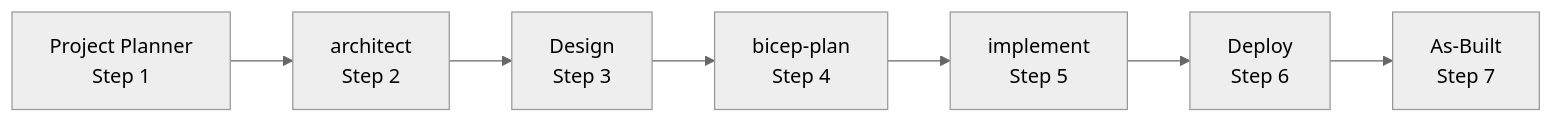
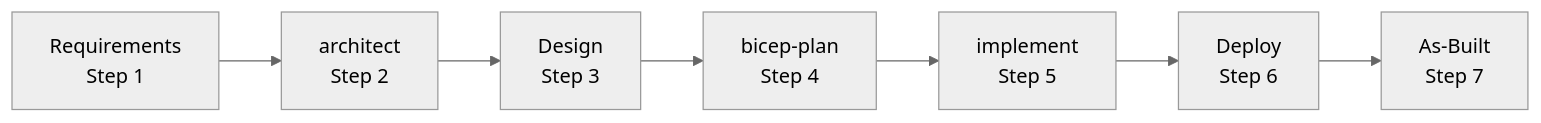
Before and after one commit to SmitaCnovate/azure-agentic-infraops: the diagram in docs/getting-started/quickstart.md, drawn with Mermaid. The commit also changed other lines of this file and 30 other files, not shown here.

````diff
--- a/docs/getting-started/quickstart.md
+++ b/docs/getting-started/quickstart.md
@@ -115,10 +115,10 @@
 ```mermaid
 %%{init: {'theme':'neutral'}}%%
 graph LR
-    A["Project Planner<br/>Step 1"] --> B["architect<br/>Step 2"]
+    A["Requirements<br/>Step 1"] --> B["architect<br/>Step 2"]
     B --> C["Design<br/>Step 3"]
     C --> D["bicep-plan<br/>Step 4"]
     D --> E["implement<br/>Step 5"]
     E --> F["Deploy<br/>Step 6"]
     F --> G["As-Built<br/>Step 7"]
 ```
````
